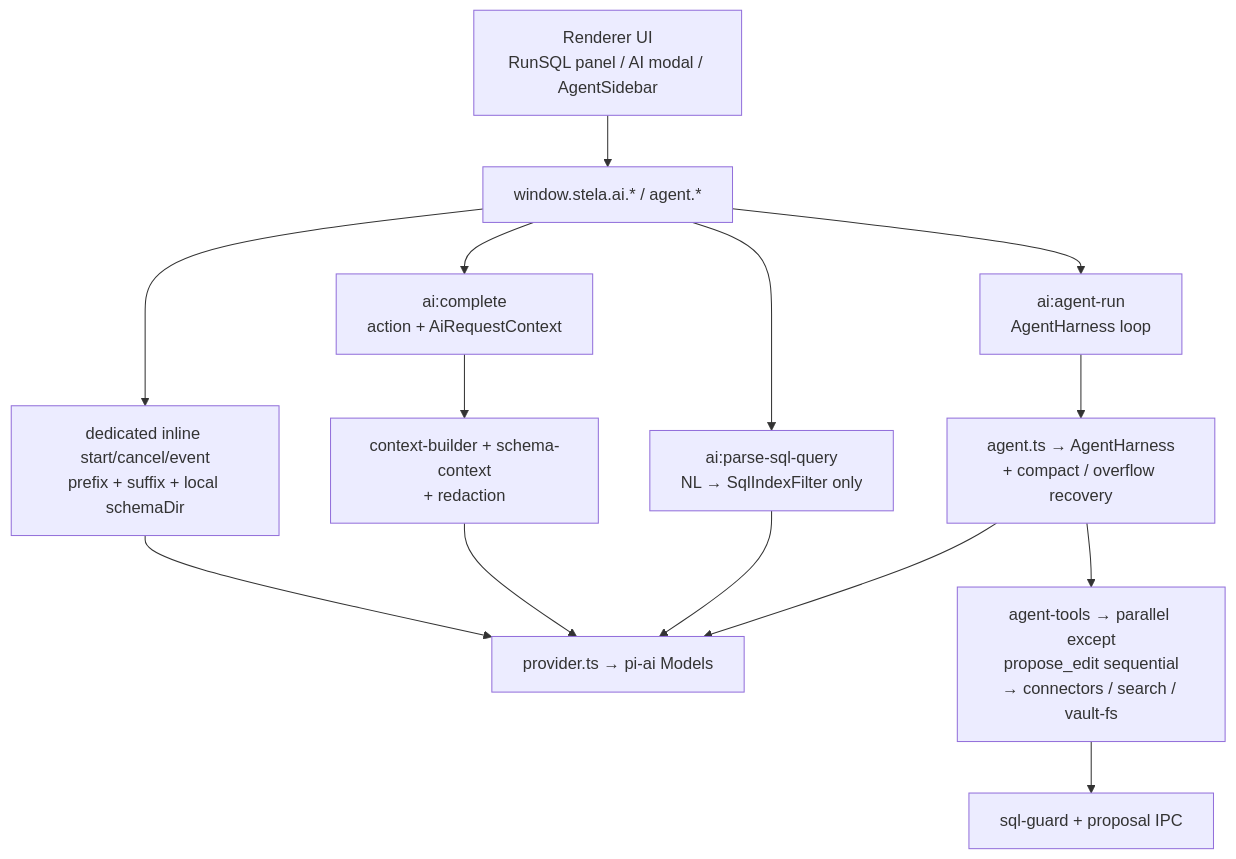
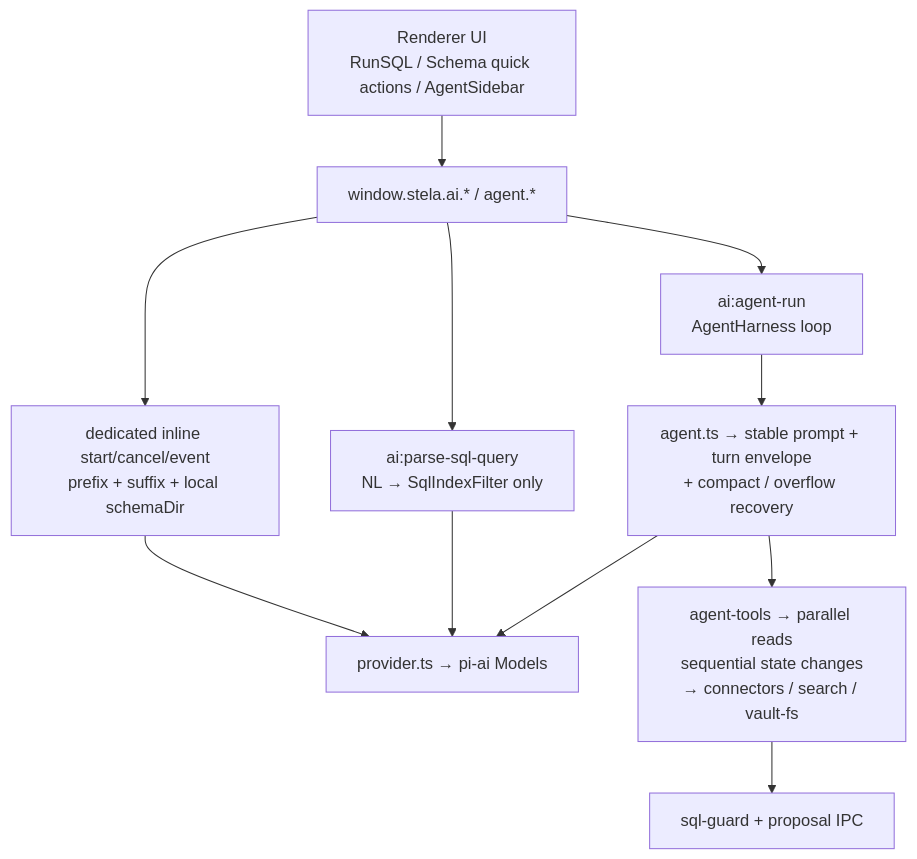
Before and after one commit to ay27/Stela: the second of 2 diagrams in docs/ARCHITECTURE.md, drawn with Mermaid. The commit also changed other lines of this file and 74 other files, not shown here.

````diff
--- a/docs/ARCHITECTURE.md
+++ b/docs/ARCHITECTURE.md
@@ -333,25 +333,21 @@
 ```mermaid
 flowchart TB
-  UI["Renderer UI\nRunSQL panel / AI modal / AgentSidebar"]
+  UI["Renderer UI\nRunSQL / Schema quick actions / AgentSidebar"]
   PRE["window.stela.ai.* / agent.*"]
-  ACT["ai:complete\naction + AiRequestContext"]
   INLINE["dedicated inline start/cancel/event\nprefix + suffix + local schemaDir"]
   PARSE["ai:parse-sql-query\nNL → SqlIndexFilter only"]
   AGENT["ai:agent-run\nAgentHarness loop"]
-  CTX["context-builder + schema-context\n+ redaction"]
   PROV["provider.ts → pi-ai Models"]
-  HARNESS["agent.ts → AgentHarness\n+ compact / overflow recovery"]
-  TOOLS["agent-tools → parallel except\npropose_edit sequential\n→ connectors / search / vault-fs"]
+  HARNESS["agent.ts → stable prompt + turn envelope\n+ compact / overflow recovery"]
+  TOOLS["agent-tools → parallel reads\nsequential state changes\n→ connectors / search / vault-fs"]
   GUARD["sql-guard + proposal IPC"]
 
   UI --> PRE
-  PRE --> ACT
   PRE --> INLINE --> PROV
   PRE --> PARSE
   PRE --> AGENT
-  ACT --> CTX --> PROV
   PARSE --> PROV
   AGENT --> HARNESS --> PROV
   HARNESS --> TOOLS
   TOOLS --> GUARD
 ```
````
